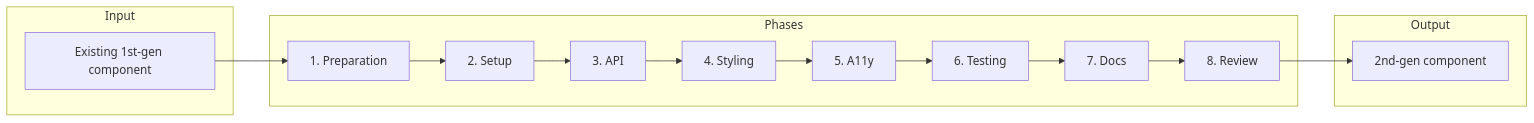
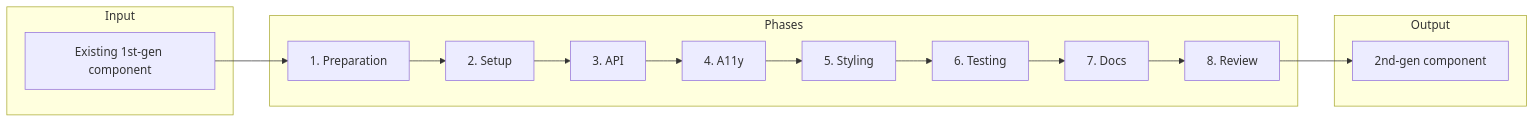
Before and after one commit to null101001/spectrum-web-components: the diagram in CONTRIBUTOR-DOCS/03_project-planning/02_workstreams/02_2nd-gen-component-migration/02_step-by-step/01_washing-machine-workflow.md, drawn with Mermaid. The commit also changed other lines of this file and 8 other files, not shown here.

````diff
--- a/CONTRIBUTOR-DOCS/03_project-planning/02_workstreams/02_2nd-gen-component-migration/02_step-by-step/01_washing-machine-workflow.md
+++ b/CONTRIBUTOR-DOCS/03_project-planning/02_workstreams/02_2nd-gen-component-migration/02_step-by-step/01_washing-machine-workflow.md
@@ -134,20 +134,20 @@
 ```mermaid
 flowchart LR
     subgraph Input
         A[Existing 1st-gen component]
     end
     subgraph Phases
         B[1. Preparation]
         C[2. Setup]
         D[3. API]
-        E[4. Styling]
-        F[5. A11y]
+        E[4. A11y]
+        F[5. Styling]
         G[6. Testing]
         H[7. Docs]
         I[8. Review]
     end
     subgraph Output
         J[2nd-gen component]
     end
     A --> B --> C --> D --> E --> F --> G --> H --> I --> J
 ```
````
